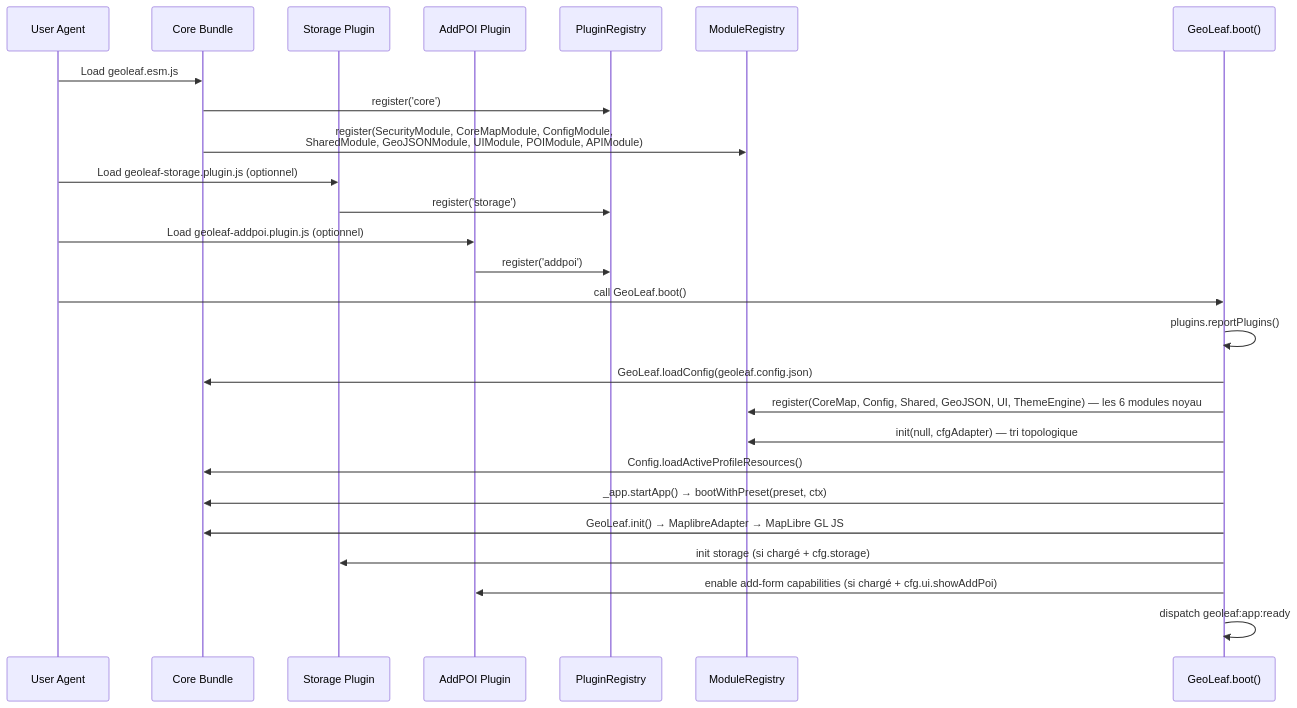
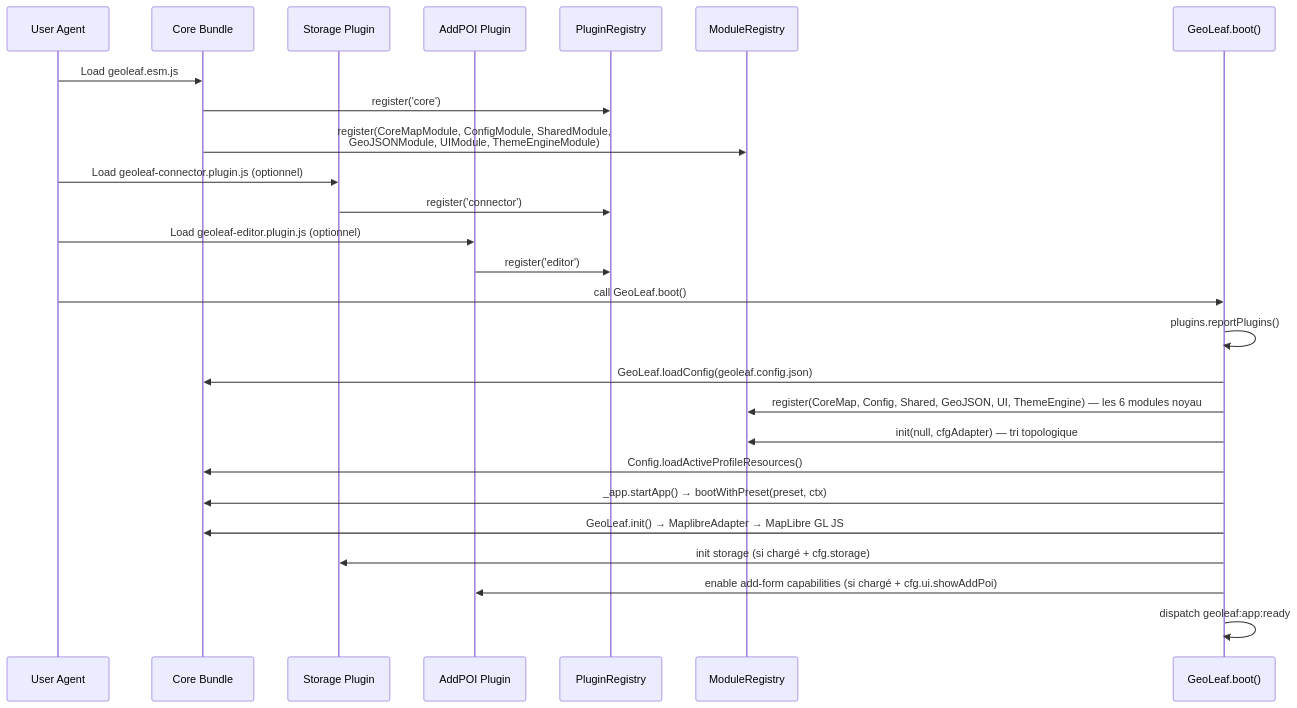
One commit to geoleaf/geoleaf-js changed the second of 2 diagrams in docs/specs/contrats/PLUGIN_REGISTRY_BOOT.md. Above: the diagram before and after it, drawn with Mermaid. The commit also changed other lines of this file and 158 other files, not shown here.

````diff
--- a/docs/specs/contrats/PLUGIN_REGISTRY_BOOT.md
+++ b/docs/specs/contrats/PLUGIN_REGISTRY_BOOT.md
@@ -70,29 +76,29 @@
 ```mermaid
 sequenceDiagram
     participant U as User Agent
     participant C as Core Bundle
     participant S as Storage Plugin
     participant P as AddPOI Plugin
     participant PR as PluginRegistry
     participant MR as ModuleRegistry
     participant B as GeoLeaf.boot()
 
     U->>C: Load geoleaf.esm.js
     C->>PR: register('core')
-    C->>MR: register(SecurityModule, CoreMapModule, ConfigModule,<br/>SharedModule, GeoJSONModule, UIModule, POIModule, APIModule)
-    U->>S: Load geoleaf-storage.plugin.js (optionnel)
-    S->>PR: register('storage')
-    U->>P: Load geoleaf-addpoi.plugin.js (optionnel)
-    P->>PR: register('addpoi')
+    C->>MR: register(CoreMapModule, ConfigModule, SharedModule,<br/>GeoJSONModule, UIModule, ThemeEngineModule)
+    U->>S: Load geoleaf-connector.plugin.js (optionnel)
+    S->>PR: register('connector')
+    U->>P: Load geoleaf-editor.plugin.js (optionnel)
+    P->>PR: register('editor')
     U->>B: call GeoLeaf.boot()
     B->>B: plugins.reportPlugins()
     B->>C: GeoLeaf.loadConfig(geoleaf.config.json)
     B->>MR: register(CoreMap, Config, Shared, GeoJSON, UI, ThemeEngine) — les 6 modules noyau
     B->>MR: init(null, cfgAdapter) — tri topologique
     B->>C: Config.loadActiveProfileResources()
     B->>C: _app.startApp() → bootWithPreset(preset, ctx)
     B->>C: GeoLeaf.init() → MaplibreAdapter → MapLibre GL JS
     B->>S: init storage (si chargé + cfg.storage)
     B->>P: enable add-form capabilities (si chargé + cfg.ui.showAddPoi)
     B->>B: dispatch geoleaf:app:ready
 ```
````
